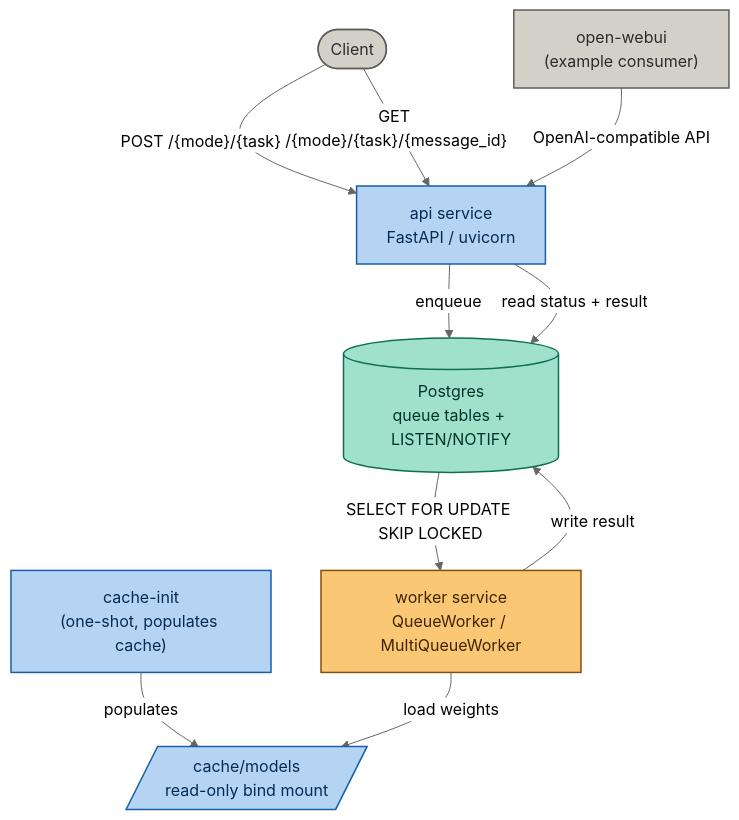
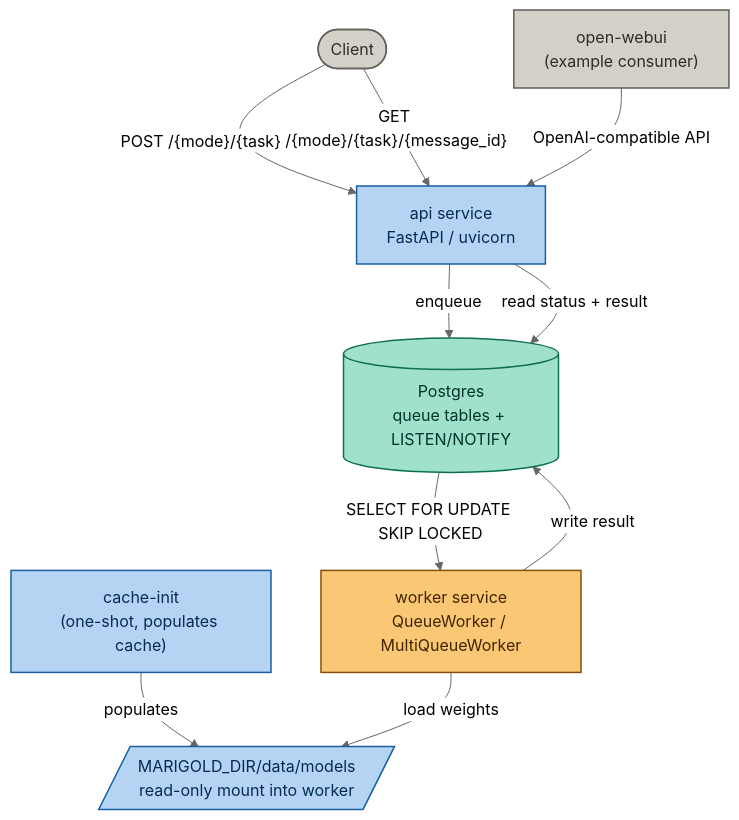
The first of 2 diagrams in README.md (bayinfosys/marigold), drawn with Mermaid (neutral theme) before and after one commit. The commit also changed other lines of this file and 16 other files, not shown here.

````diff
--- a/README.md
+++ b/README.md
@@ -35,26 +44,26 @@
 ```mermaid
 flowchart TD
     classDef svc fill:#B5D4F4,stroke:#185FA5,color:#042C53,stroke-width:1.5px
     classDef cp  fill:#FAC775,stroke:#854F0B,color:#412402,stroke-width:1.5px
     classDef cli fill:#D3D1C7,stroke:#5F5E5A,color:#2C2C2A,stroke-width:1.5px
     classDef q   fill:#9FE1CB,stroke:#0F6E56,color:#04342C,stroke-width:1.5px
 
     CLI([Client]):::cli
     WEBUI["open-webui\n(example consumer)"]:::cli
 
     INIT["cache-init\n(one-shot, populates cache)"]:::svc
     API["api service\nFastAPI / uvicorn"]:::svc
     PG[("Postgres\nqueue tables + LISTEN/NOTIFY")]:::q
     WRK["worker service\nQueueWorker / MultiQueueWorker"]:::cp
-    CACHE[/"cache/models\nread-only bind mount"/]:::svc
+    CACHE[/"MARIGOLD_DIR/data/models\nread-only mount into worker"/]:::svc
 
     INIT -->|populates| CACHE
     CLI -->|"POST /{mode}/{task}"| API
     WEBUI -->|"OpenAI-compatible API"| API
     API -->|enqueue| PG
     PG -->|"SELECT FOR UPDATE SKIP LOCKED"| WRK
     WRK -->|load weights| CACHE
     WRK -->|write result| PG
     CLI -->|"GET /{mode}/{task}/{message_id}"| API
     API -->|read status + result| PG
 ```
````
